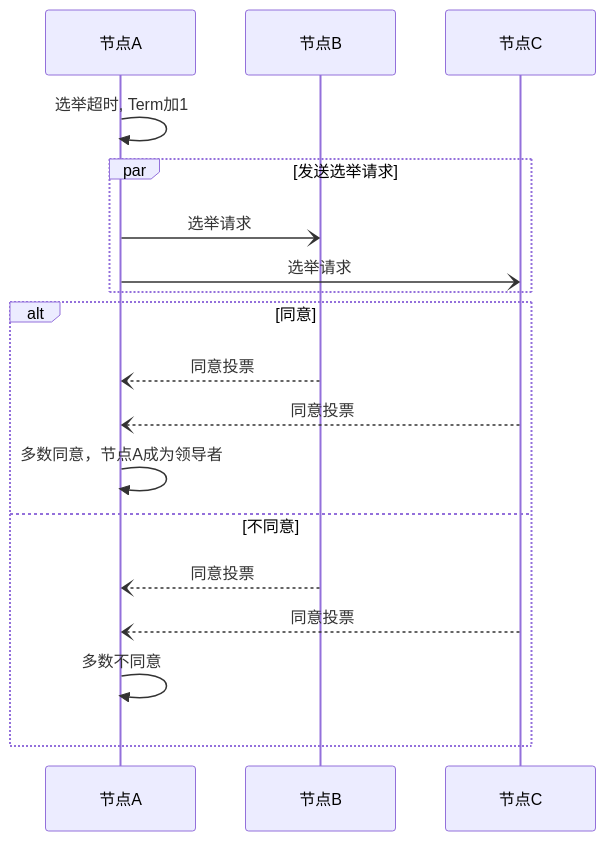
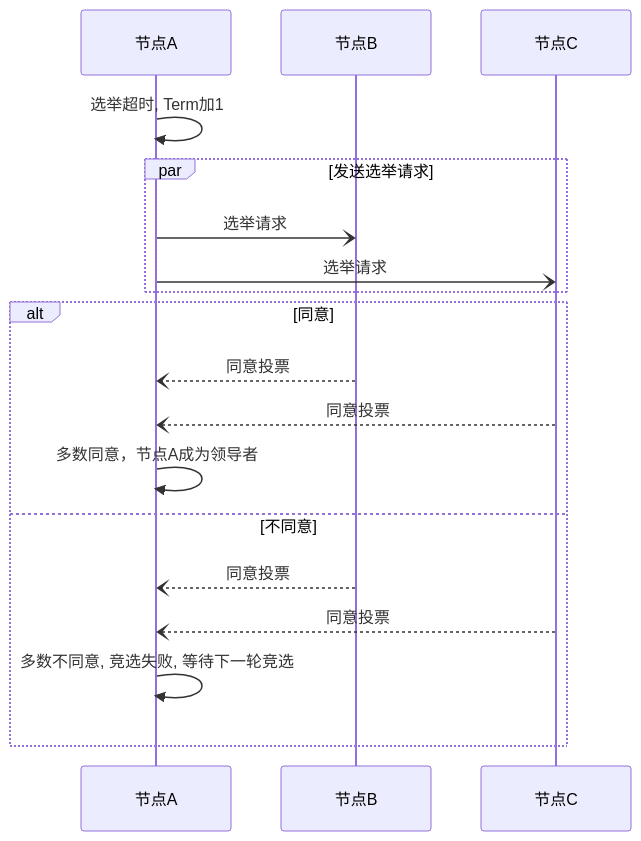
Before and after one commit to suohailong/distributed-learning-lab: the first of 2 diagrams in leader_and_follower/raft/raft.md, drawn with Mermaid. The commit also changed other lines of this file, not shown here.

````diff
--- a/leader_and_follower/raft/raft.md
+++ b/leader_and_follower/raft/raft.md
@@ -3,17 +3,17 @@
 ```mermaid
    sequenceDiagram
    节点A ->>  节点A: 选举超时, Term加1
    par 发送选举请求
     节点A -) 节点B: 选举请求 
     节点A -) 节点C: 选举请求
    end
    alt 同意
     节点B --) 节点A: 同意投票
     节点C --) 节点A: 同意投票
     节点A ->> 节点A: 多数同意，节点A成为领导者 
    else  不同意
     节点B --)  节点A: 同意投票
     节点C --)  节点A: 同意投票
-    节点A ->> 节点A: 多数不同意 
+    节点A ->> 节点A: 多数不同意, 竞选失败, 等待下一轮竞选
    end
 ```
````
